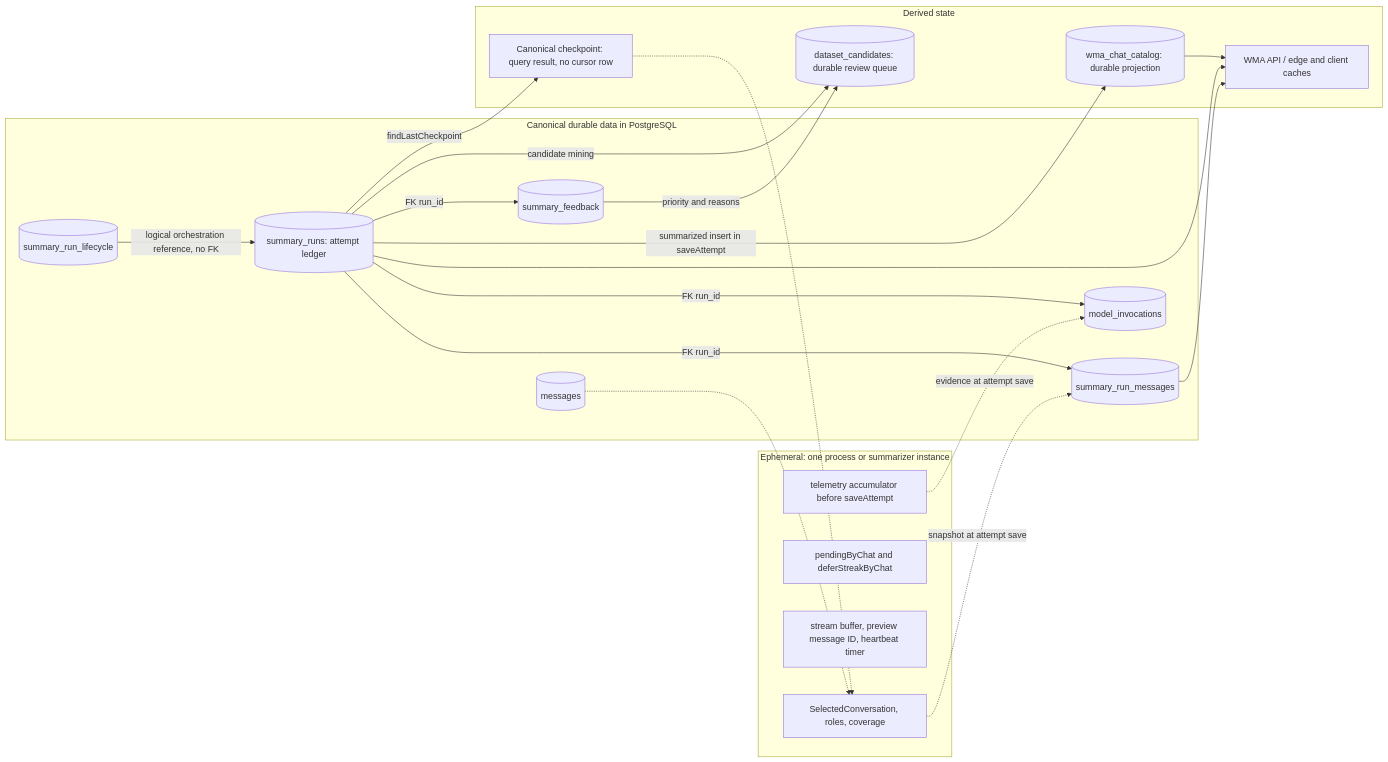
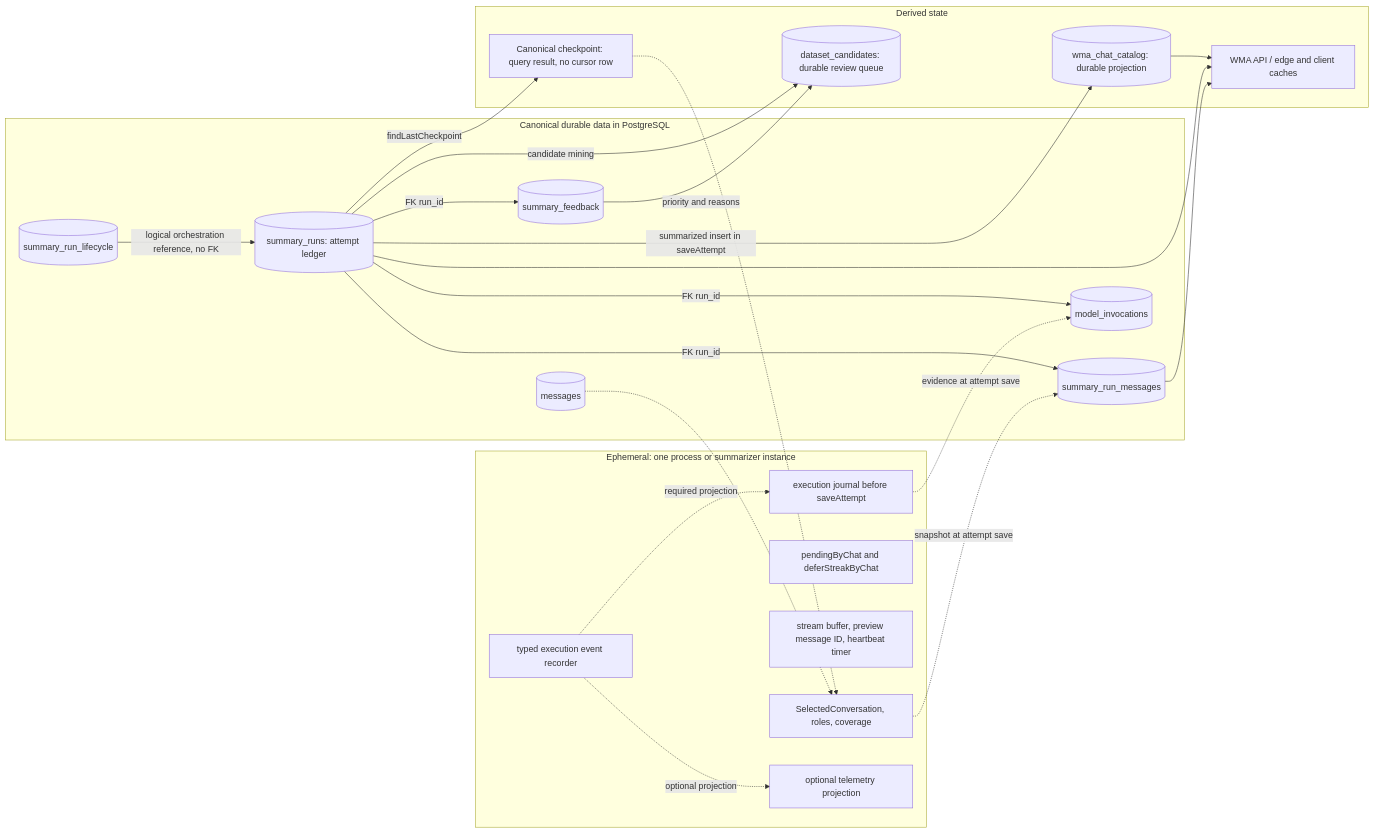
One commit to volynetstyle/microsonya changed the fifth of 12 diagrams in docs/architecture/mental-model.md. Above: the diagram before and after it, drawn with Mermaid. The commit also changed other lines of this file and 20 other files, not shown here.

````diff
--- a/docs/architecture/mental-model.md
+++ b/docs/architecture/mental-model.md
@@ -210,38 +210,42 @@
 ```mermaid
 flowchart LR
     subgraph Canonical["Canonical durable data in PostgreSQL"]
         MSG[("messages")]
         LIFE[("summary_run_lifecycle")]
         RUN[("summary_runs: attempt ledger")]
         SNAP[("summary_run_messages")]
         MOD[("model_invocations")]
         FB[("summary_feedback")]
         RUN -->|"FK run_id"| SNAP
         RUN -->|"FK run_id"| MOD
         RUN -->|"FK run_id"| FB
         LIFE -->|"logical orchestration reference, no FK"| RUN
     end
     subgraph Derived["Derived state"]
         CAT[("wma_chat_catalog: durable projection")]
         DS[("dataset_candidates: durable review queue")]
         CK["Canonical checkpoint: query result, no cursor row"]
         WC["WMA API / edge and client caches"]
     end
     RUN -->|"summarized insert in saveAttempt"| CAT
     RUN -->|"candidate mining"| DS
     FB -->|"priority and reasons"| DS
     RUN -->|"findLastCheckpoint"| CK
     CAT --> WC
     RUN --> WC
     SNAP --> WC
     subgraph Local["Ephemeral: one process or summarizer instance"]
         WIN["SelectedConversation, roles, coverage"]
         MAP["pendingByChat and deferStreakByChat"]
         STREAM["stream buffer, preview message ID, heartbeat timer"]
-        TEL["telemetry accumulator before saveAttempt"]
+        EXEC["typed execution event recorder"]
+        JOURNAL["execution journal before saveAttempt"]
+        OBS["optional telemetry projection"]
     end
     MSG -.-> WIN
     CK -.-> WIN
     WIN -.->|"snapshot at attempt save"| SNAP
-    TEL -.->|"evidence at attempt save"| MOD
+    EXEC -.->|"required projection"| JOURNAL
+    EXEC -.->|"optional projection"| OBS
+    JOURNAL -.->|"evidence at attempt save"| MOD
 ```
````
